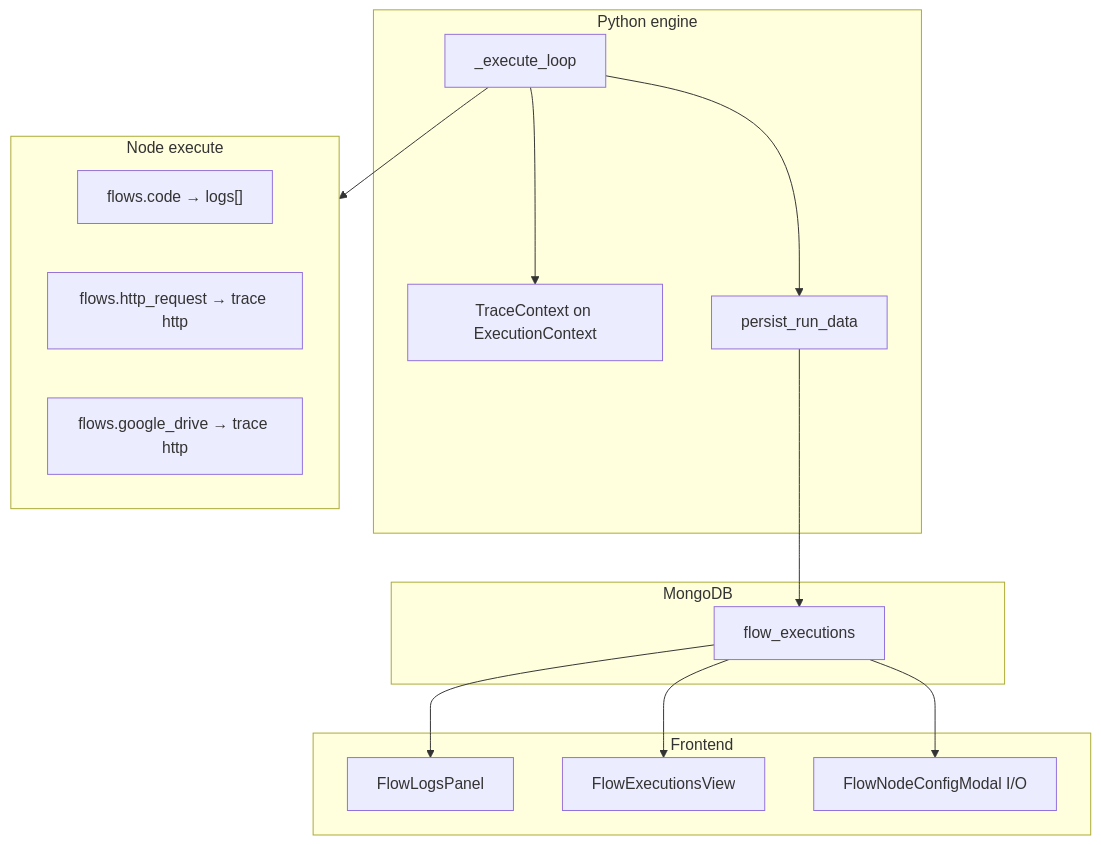
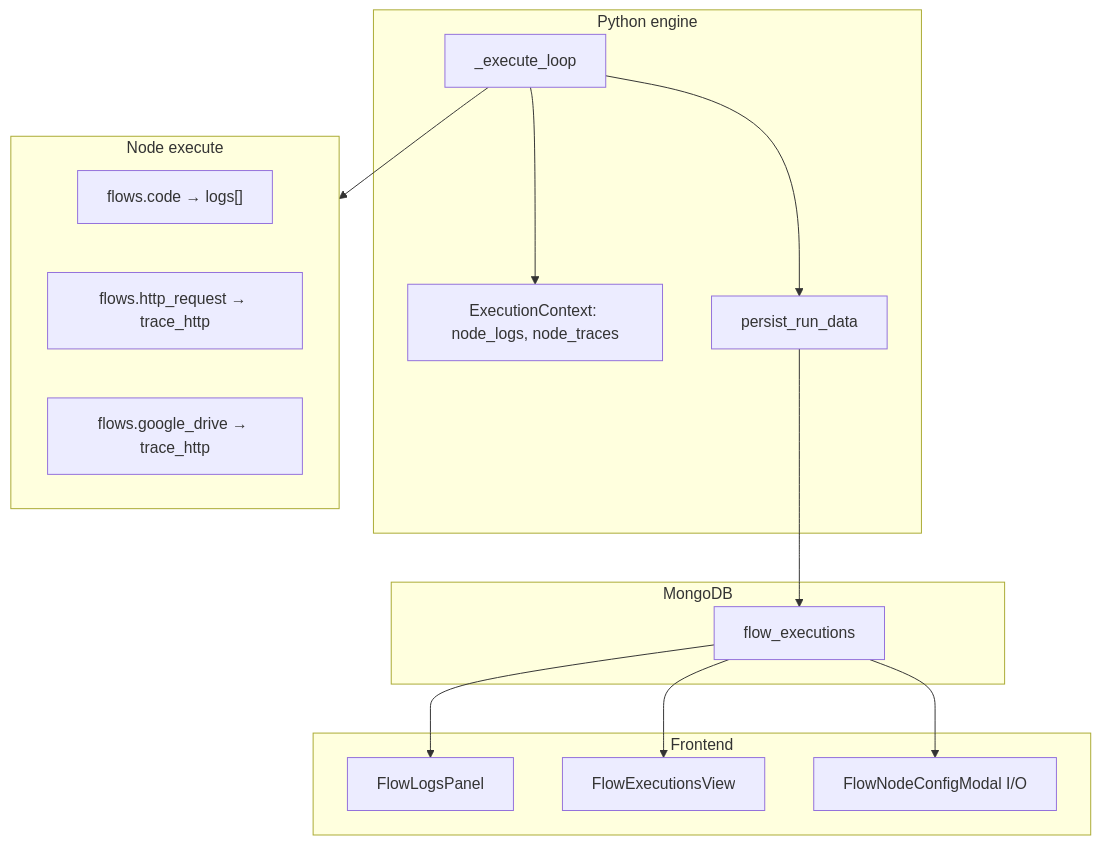
One commit to analytiq-hub/doc-router changed the diagram in docs/docrouter_fulltrace.md. Above: the diagram before and after it, drawn with Mermaid. The commit also changed other lines of this file, not shown here.

````diff
--- a/docs/docrouter_fulltrace.md
+++ b/docs/docrouter_fulltrace.md
@@ -156,34 +207,34 @@
 ```mermaid
 flowchart TB
   subgraph engine [Python engine]
     Loop["_execute_loop"]
-    TraceCtx["TraceContext on ExecutionContext"]
+    Ctx["ExecutionContext: node_logs, node_traces"]
     Persist["persist_run_data"]
-    Loop --> TraceCtx
+    Loop --> Ctx
     Loop --> Persist
   end
 
   subgraph nodes [Node execute]
     Code["flows.code → logs[]"]
-    HTTP["flows.http_request → trace http"]
-    App["flows.google_drive → trace http"]
+    HTTP["flows.http_request → trace_http"]
+    App["flows.google_drive → trace_http"]
   end
 
   Loop --> nodes
 
   subgraph store [MongoDB]
     Exec["flow_executions"]
   end
 
   Persist --> Exec
 
   subgraph ui [Frontend]
     Logs["FlowLogsPanel"]
     ExecView["FlowExecutionsView"]
     Modal["FlowNodeConfigModal I/O"]
   end
 
   Exec --> Logs
   Exec --> ExecView
   Exec --> Modal
 ```
````
